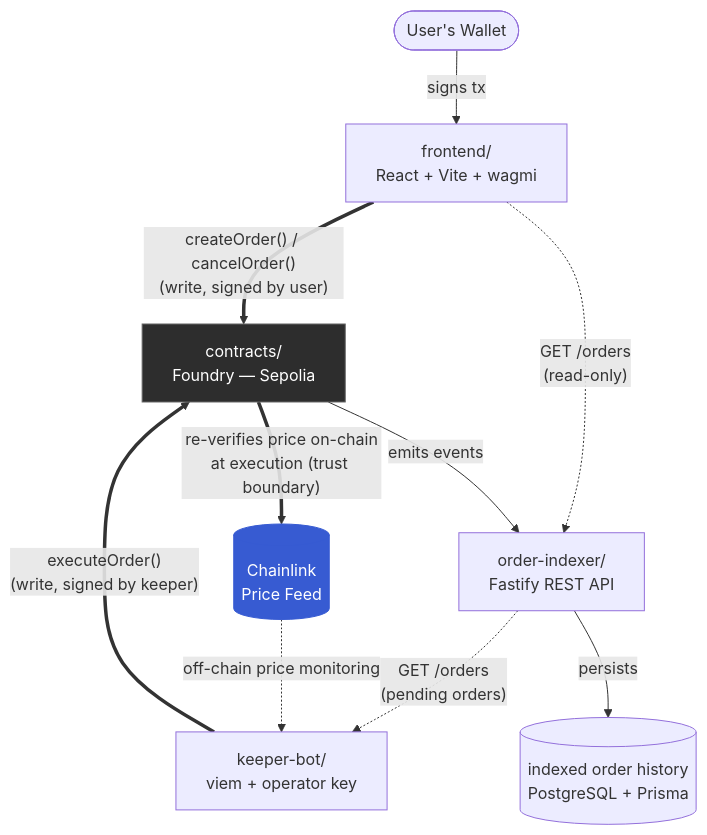
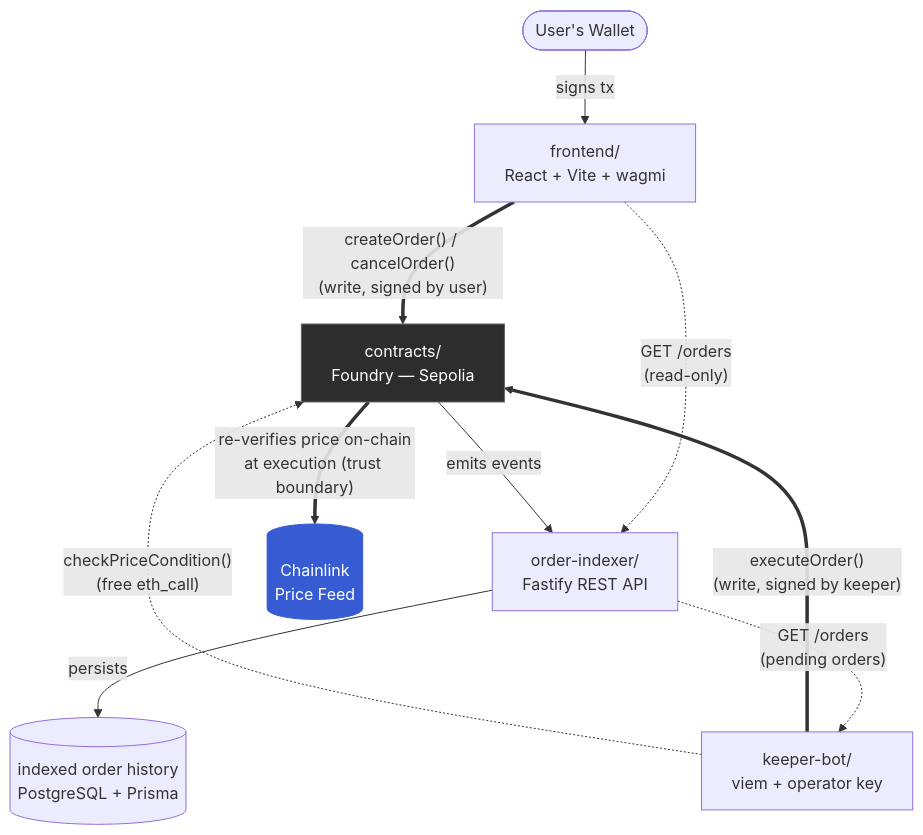
One commit to RAZermenoSaracho/orderkeeper changed the diagram in README.md. Above: the diagram before and after it, drawn with Mermaid. The commit also changed other lines of this file and 2 other files, not shown here.

Commit message:
docs(keeper-bot): correct docs — keeper-bot reads checkPriceCondition(), not Chainlink directly

````diff
--- a/README.md
+++ b/README.md
@@ -27,23 +27,23 @@
 ```mermaid
 flowchart TB
     User(["User's Wallet"])
     Frontend["frontend/<br/>React + Vite + wagmi"]
     Contracts["contracts/<br/>Foundry — Sepolia"]
     Indexer["order-indexer/<br/>Fastify REST API"]
     History[("indexed order history<br/>PostgreSQL + Prisma")]
     Keeper["keeper-bot/<br/>viem + operator key"]
     Chainlink[("Chainlink<br/>Price Feed")]
 
     User -- "signs tx" --> Frontend
     Frontend == "createOrder() / cancelOrder()<br/>(write, signed by user)" ==> Contracts
     Keeper == "executeOrder()<br/>(write, signed by keeper)" ==> Contracts
     Frontend -. "GET /orders<br/>(read-only)" .-> Indexer
     Indexer -. "GET /orders<br/>(pending orders)" .-> Keeper
+    Keeper -. "checkPriceCondition()<br/>(free eth_call)" .-> Contracts
     Contracts -- "emits events" --> Indexer
     Indexer -- "persists" --> History
-    Chainlink -. "off-chain price monitoring" .-> Keeper
     Contracts == "re-verifies price on-chain<br/>at execution (trust boundary)" ==> Chainlink
 
     style Contracts fill:#2d2d2d,stroke:#666,color:#fff
     style Chainlink fill:#375bd2,stroke:#375bd2,color:#fff
 ```
````
